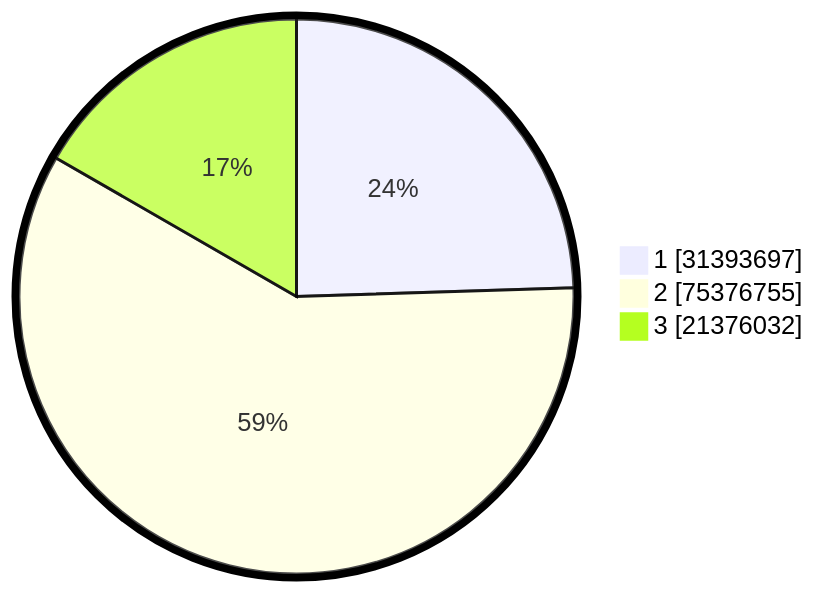
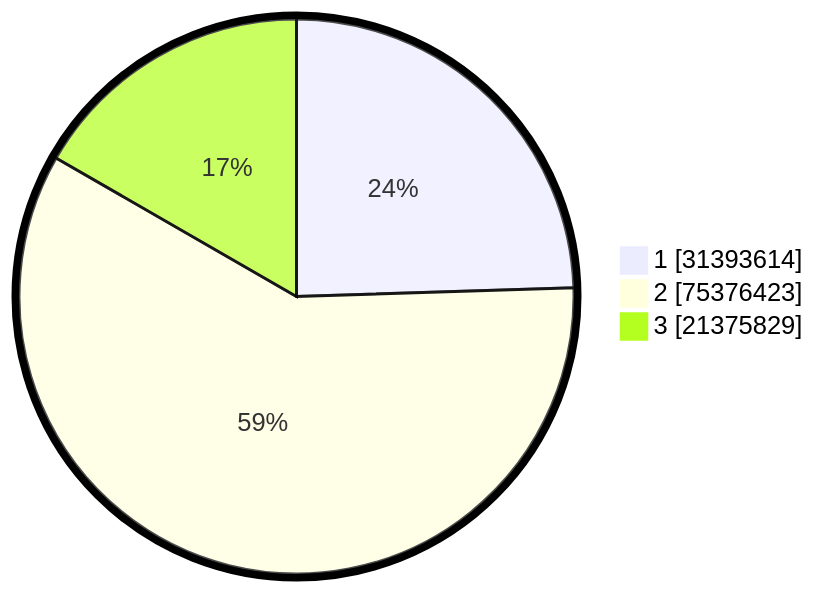
The second of 2 diagrams in pilpres/hitung-suara/README.md (gigit-pemilu/pemilu-2024), drawn with Mermaid before and after one commit. The commit also changed other lines of this file and 10 other files, not shown here.

````diff
--- a/pilpres/hitung-suara/README.md
+++ b/pilpres/hitung-suara/README.md
@@ -93,7 +93,7 @@
 ```mermaid
 %%{init: {"pie": {"textPosition": 0.5}, "themeVariables": {"pieOuterStrokeWidth": "5px"}} }%%
 pie showData
-    "1" : 31393697
-    "2" : 75376755
-    "3" : 21376032
+    "1" : 31393614
+    "2" : 75376423
+    "3" : 21375829
 ```
````
